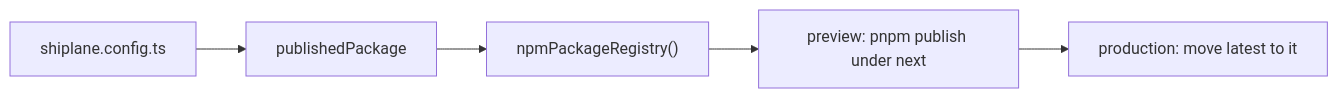
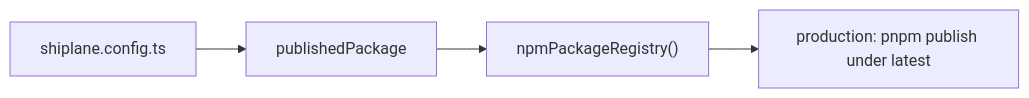
Before and after one commit to arnaud-zg/js-packages: the diagram in packages/shiplane-npm/README.md, drawn with Mermaid. The commit also changed other lines of this file and 34 other files, not shown here.

Commit message:
feat(shiplane)!: preview and production mean the same for every target

````diff
--- a/packages/shiplane-npm/README.md
+++ b/packages/shiplane-npm/README.md
@@ -7,7 +7,6 @@
 ```mermaid
 flowchart LR
     CFG["shiplane.config.ts"] --> MOD["publishedPackage"]
     MOD --> NPM["npmPackageRegistry()"]
-    NPM --> PUB["preview: pnpm publish under next"]
-    PUB --> TAG["production: move latest to it"]
+    NPM --> PUB["production: pnpm publish under latest"]
 ```
````
